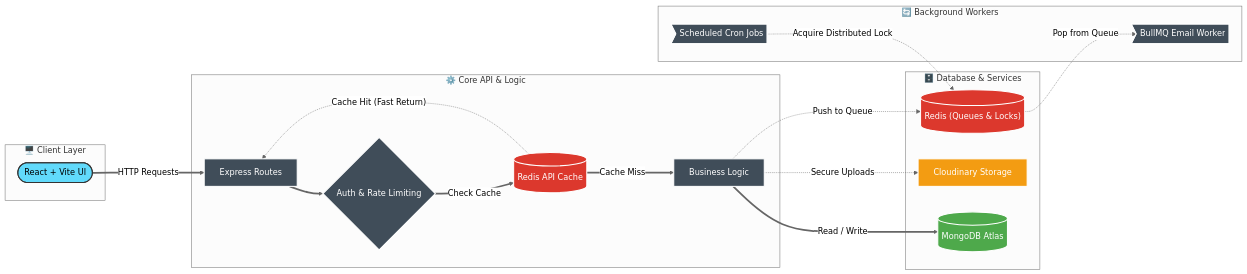
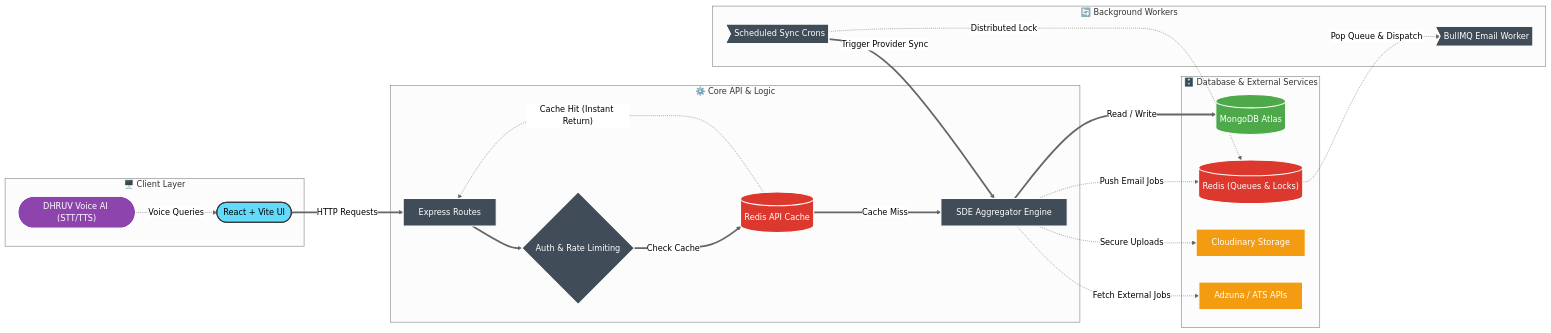
The diagram in README.md (Chinmay0608/job-portal-system), drawn with Mermaid (neutral theme) before and after one commit. The commit also changed other lines of this file, not shown here.

Commit message:
docs: update README with DHRUV AI, SDE engine, and testing guides

````diff
--- a/README.md
+++ b/README.md
@@ -17,51 +28,57 @@
 ```mermaid
 graph LR
     %% Custom Styles
     classDef client fill:#61DAFB,stroke:#333,stroke-width:2px,color:#000
     classDef api fill:#404d59,stroke:#fff,stroke-width:2px,color:#fff
     classDef redis fill:#DC382D,stroke:#fff,stroke-width:2px,color:#fff
     classDef mongo fill:#4ea94b,stroke:#fff,stroke-width:2px,color:#fff
     classDef external fill:#f39c12,stroke:#fff,stroke-width:2px,color:#fff
+    classDef ai fill:#8e44ad,stroke:#fff,stroke-width:2px,color:#fff
 
     %% Client Layer
     subgraph Frontend ["🖥️ Client Layer"]
         UI(["React + Vite UI"]):::client
+        VoiceAI(["DHRUV Voice AI (STT/TTS)"]):::ai
     end
 
     %% API Layer
     subgraph Backend ["⚙️ Core API & Logic"]
         Router["Express Routes"]:::api
         Auth{"Auth & Rate Limiting"}:::api
         Cache[("Redis API Cache")]:::redis
-        Controllers["Business Logic"]:::api
+        SDEEngine["SDE Aggregator Engine"]:::api
     end
 
     %% Background Workers
     subgraph Workers ["🔄 Background Workers"]
         EmailWorker>"BullMQ Email Worker"]:::api
-        CronWorker>"Scheduled Cron Jobs"]:::api
+        CronWorker>"Scheduled Sync Crons"]:::api
     end
 
     %% Data Layer
-    subgraph Infrastructure ["🗄️ Database & Services"]
+    subgraph Infrastructure ["🗄️ Database & External Services"]
         MongoDB[("MongoDB Atlas")]:::mongo
         RedisState[("Redis (Queues & Locks)")]:::redis
         Cloudinary["Cloudinary Storage"]:::external
+        AdzunaAPI["Adzuna / ATS APIs"]:::external
     end
 
-    %% Flow Connections (Thick arrows for synchronous, dotted for async)
+    %% Flow Connections
     UI ==>|"HTTP Requests"| Router
+    VoiceAI -.->|"Voice Queries"| UI
     Router ==> Auth
     Auth ==>|"Check Cache"| Cache
     
-    Cache -.->|"Cache Hit (Fast Return)"| Router
-    Cache ==>|"Cache Miss"| Controllers
+    Cache -.->|"Cache Hit (Instant Return)"| Router
+    Cache ==>|"Cache Miss"| SDEEngine
     
-    Controllers ==>|"Read / Write"| MongoDB
-    Controllers -.->|"Secure Uploads"| Cloudinary
+    SDEEngine ==>|"Read / Write"| MongoDB
+    SDEEngine -.->|"Secure Uploads"| Cloudinary
     
-    Controllers -.->|"Push to Queue"| RedisState
-    RedisState -.->|"Pop from Queue"| EmailWorker
+    SDEEngine -.->|"Fetch External Jobs"| AdzunaAPI
+    CronWorker -.->|"Distributed Lock"| RedisState
+    CronWorker ==>|"Trigger Provider Sync"| SDEEngine
     
-    CronWorker -.->|"Acquire Distributed Lock"| RedisState
+    SDEEngine -.->|"Push Email Jobs"| RedisState
+    RedisState -.->|"Pop Queue & Dispatch"| EmailWorker
 ```
````
